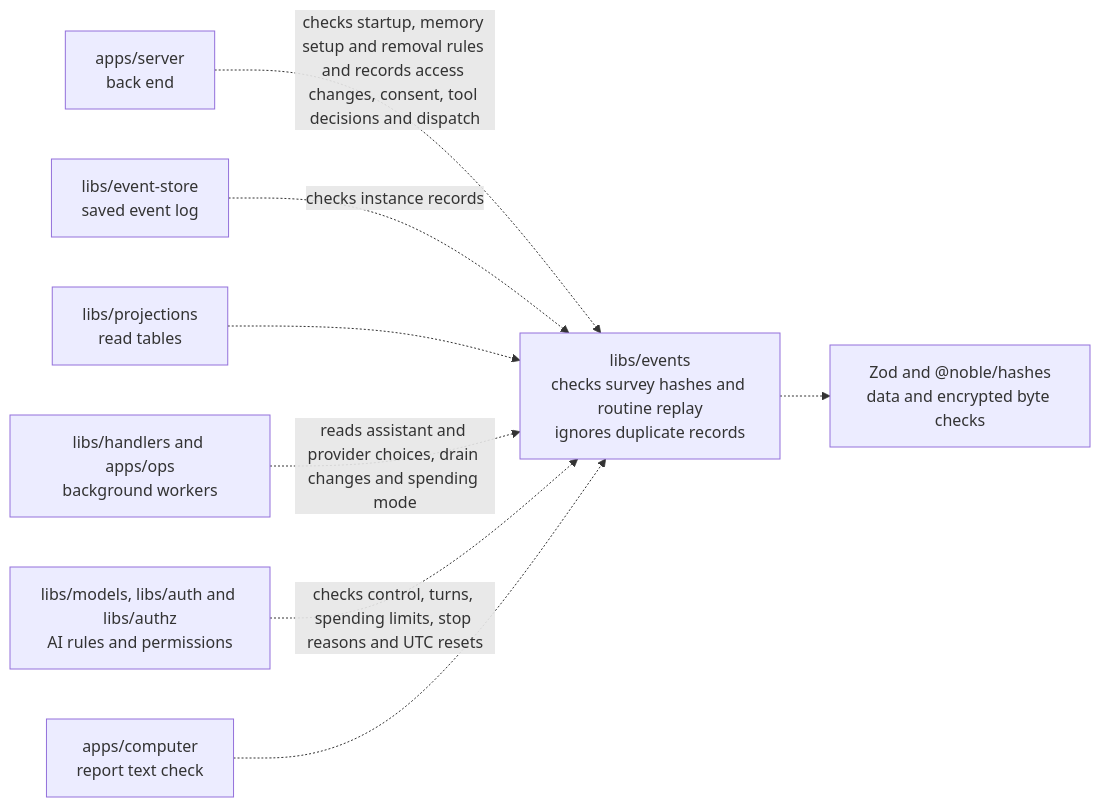
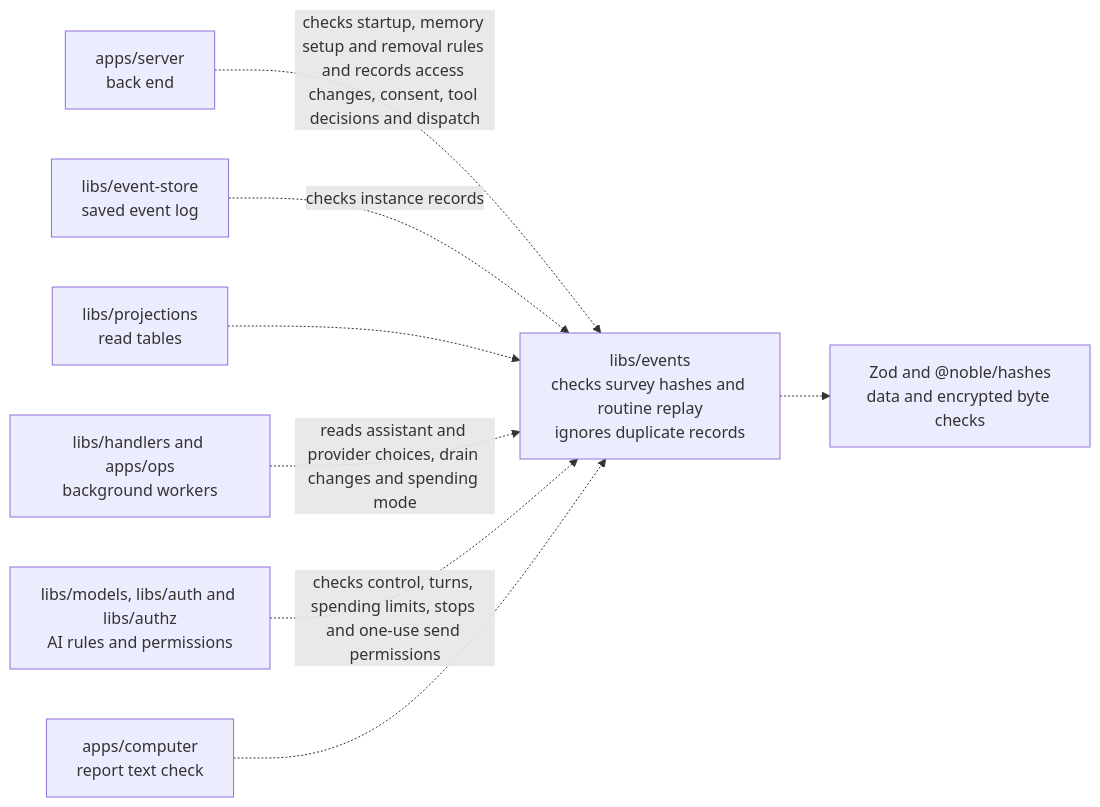
One commit to elewa-git/opencrane-new changed the diagram in libs/events/README.md. Above: the diagram before and after it, drawn with Mermaid. The commit also changed other lines of this file and 20 other files, not shown here.

````diff
--- a/libs/events/README.md
+++ b/libs/events/README.md
@@ -24,10 +24,10 @@
 ```mermaid
 flowchart LR
   server["apps/server<br/>back end"] -.->|checks startup, memory setup and removal rules and records access changes, consent, tool decisions and dispatch| events["libs/events<br/>checks survey hashes and routine replay<br/>ignores duplicate records"]
   store["libs/event-store<br/>saved event log"] -.->|checks instance records| events
   projections["libs/projections<br/>read tables"] -.-> events
   workers["libs/handlers and apps/ops<br/>background workers"] -.->|reads assistant and provider choices, drain changes and spending mode| events
-  others["libs/models, libs/auth and libs/authz<br/>AI rules and permissions"] -.->|checks control, turns, spending limits, stop reasons and UTC resets| events
+  others["libs/models, libs/auth and libs/authz<br/>AI rules and permissions"] -.->|checks control, turns, spending limits, stops and one-use send permissions| events
   computer["apps/computer<br/>report text check"] -.-> events
   events -.-> checks["Zod and @noble/hashes<br/>data and encrypted byte checks"]
 ```
````
